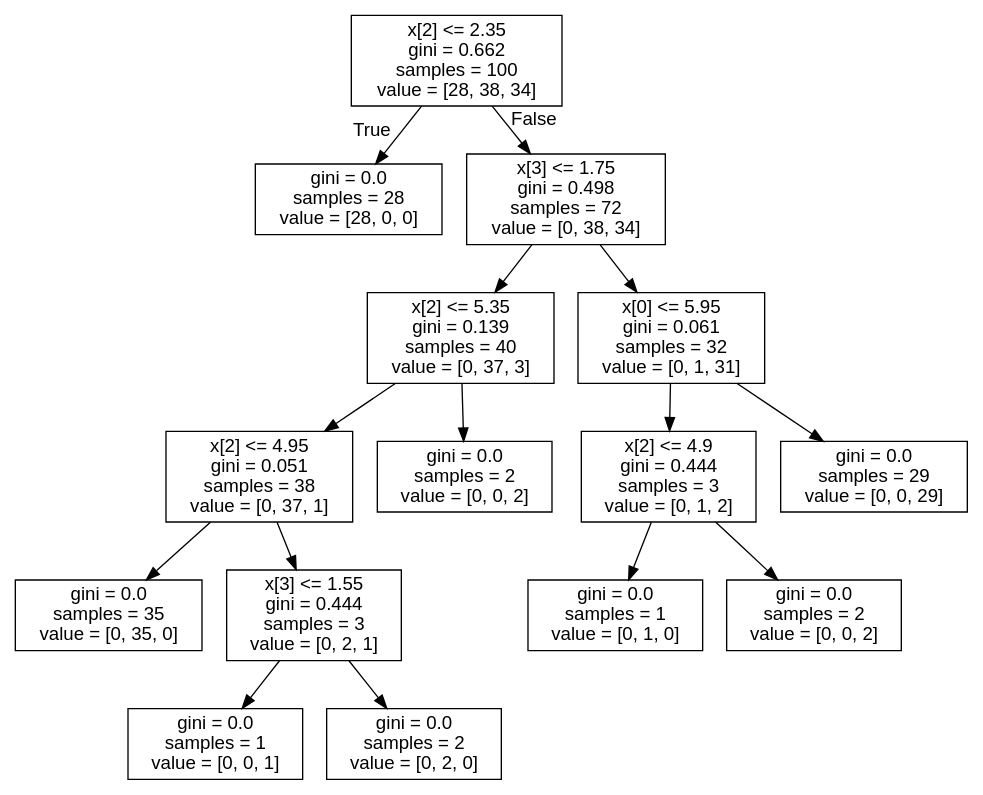
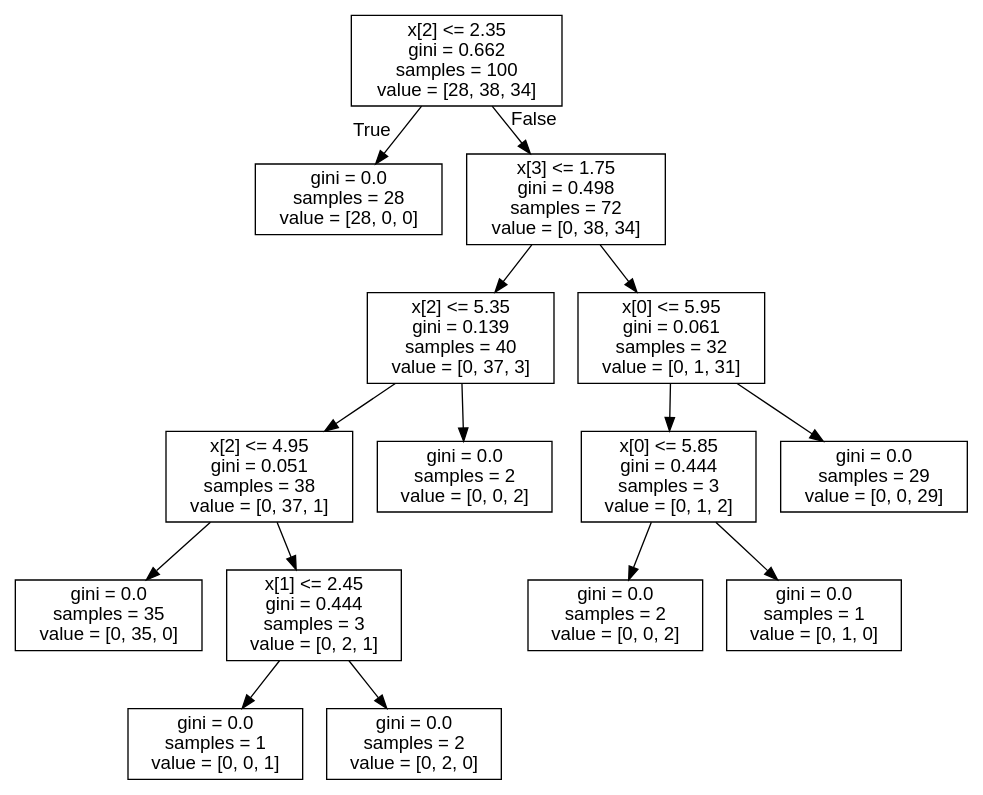
Before and after one commit to anjaneyak10/DecisionTree: the diagram in iris.dot, drawn with Graphviz. The commit also changed 5 other files, not shown here.

```diff
--- a/iris.dot
+++ b/iris.dot
@@ -1,33 +1,33 @@
 digraph Tree {
 node [shape=box, fontname="helvetica"] ;
 edge [fontname="helvetica"] ;
 0 [label="x[2] <= 2.35\ngini = 0.662\nsamples = 100\nvalue = [28, 38, 34]"] ;
 1 [label="gini = 0.0\nsamples = 28\nvalue = [28, 0, 0]"] ;
 0 -> 1 [labeldistance=2.5, labelangle=45, headlabel="True"] ;
 2 [label="x[3] <= 1.75\ngini = 0.498\nsamples = 72\nvalue = [0, 38, 34]"] ;
 0 -> 2 [labeldistance=2.5, labelangle=-45, headlabel="False"] ;
 3 [label="x[2] <= 5.35\ngini = 0.139\nsamples = 40\nvalue = [0, 37, 3]"] ;
 2 -> 3 ;
 4 [label="x[2] <= 4.95\ngini = 0.051\nsamples = 38\nvalue = [0, 37, 1]"] ;
 3 -> 4 ;
 5 [label="gini = 0.0\nsamples = 35\nvalue = [0, 35, 0]"] ;
 4 -> 5 ;
-6 [label="x[3] <= 1.55\ngini = 0.444\nsamples = 3\nvalue = [0, 2, 1]"] ;
+6 [label="x[1] <= 2.45\ngini = 0.444\nsamples = 3\nvalue = [0, 2, 1]"] ;
 4 -> 6 ;
 7 [label="gini = 0.0\nsamples = 1\nvalue = [0, 0, 1]"] ;
 6 -> 7 ;
 8 [label="gini = 0.0\nsamples = 2\nvalue = [0, 2, 0]"] ;
 6 -> 8 ;
 9 [label="gini = 0.0\nsamples = 2\nvalue = [0, 0, 2]"] ;
 3 -> 9 ;
 10 [label="x[0] <= 5.95\ngini = 0.061\nsamples = 32\nvalue = [0, 1, 31]"] ;
 2 -> 10 ;
-11 [label="x[2] <= 4.9\ngini = 0.444\nsamples = 3\nvalue = [0, 1, 2]"] ;
+11 [label="x[0] <= 5.85\ngini = 0.444\nsamples = 3\nvalue = [0, 1, 2]"] ;
 10 -> 11 ;
-12 [label="gini = 0.0\nsamples = 1\nvalue = [0, 1, 0]"] ;
+12 [label="gini = 0.0\nsamples = 2\nvalue = [0, 0, 2]"] ;
 11 -> 12 ;
-13 [label="gini = 0.0\nsamples = 2\nvalue = [0, 0, 2]"] ;
+13 [label="gini = 0.0\nsamples = 1\nvalue = [0, 1, 0]"] ;
 11 -> 13 ;
 14 [label="gini = 0.0\nsamples = 29\nvalue = [0, 0, 29]"] ;
 10 -> 14 ;
 }
```
